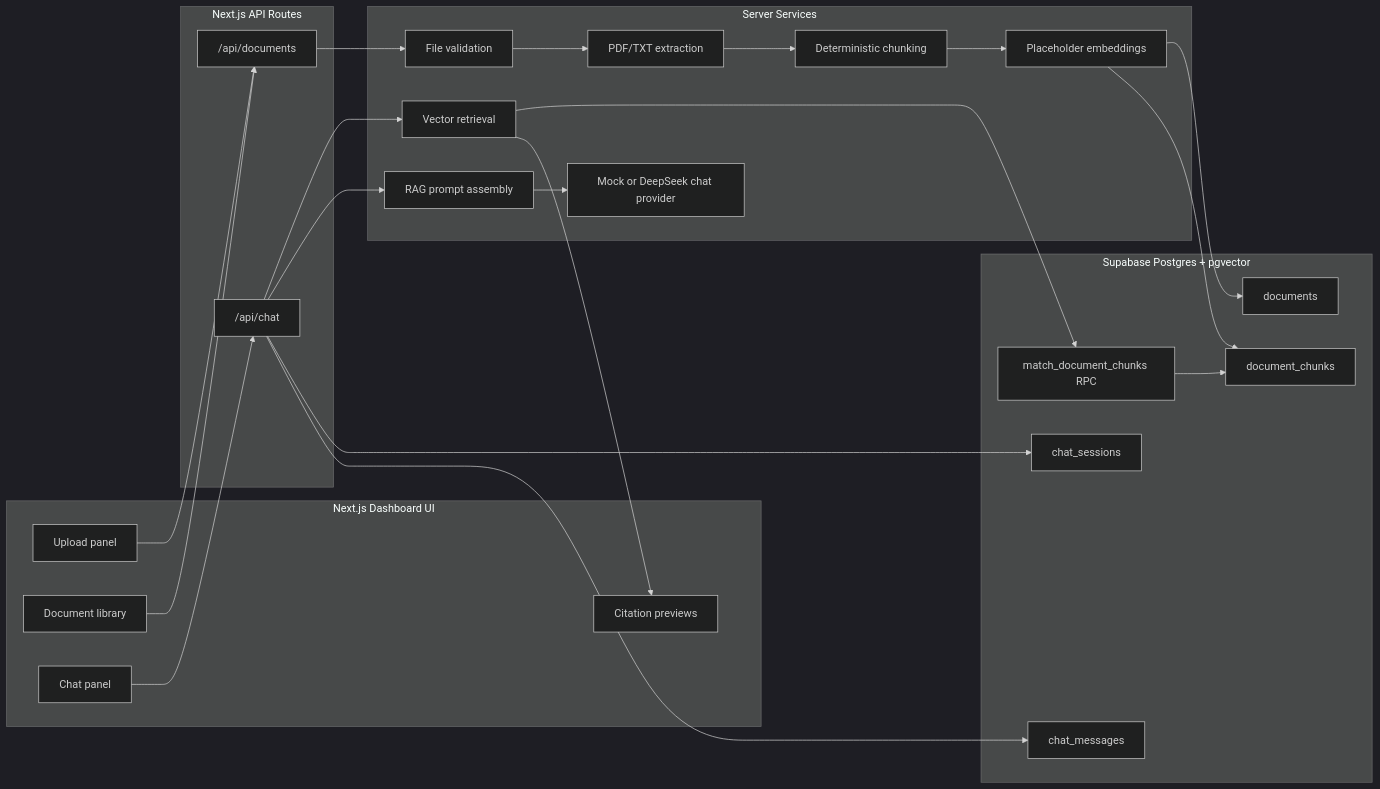
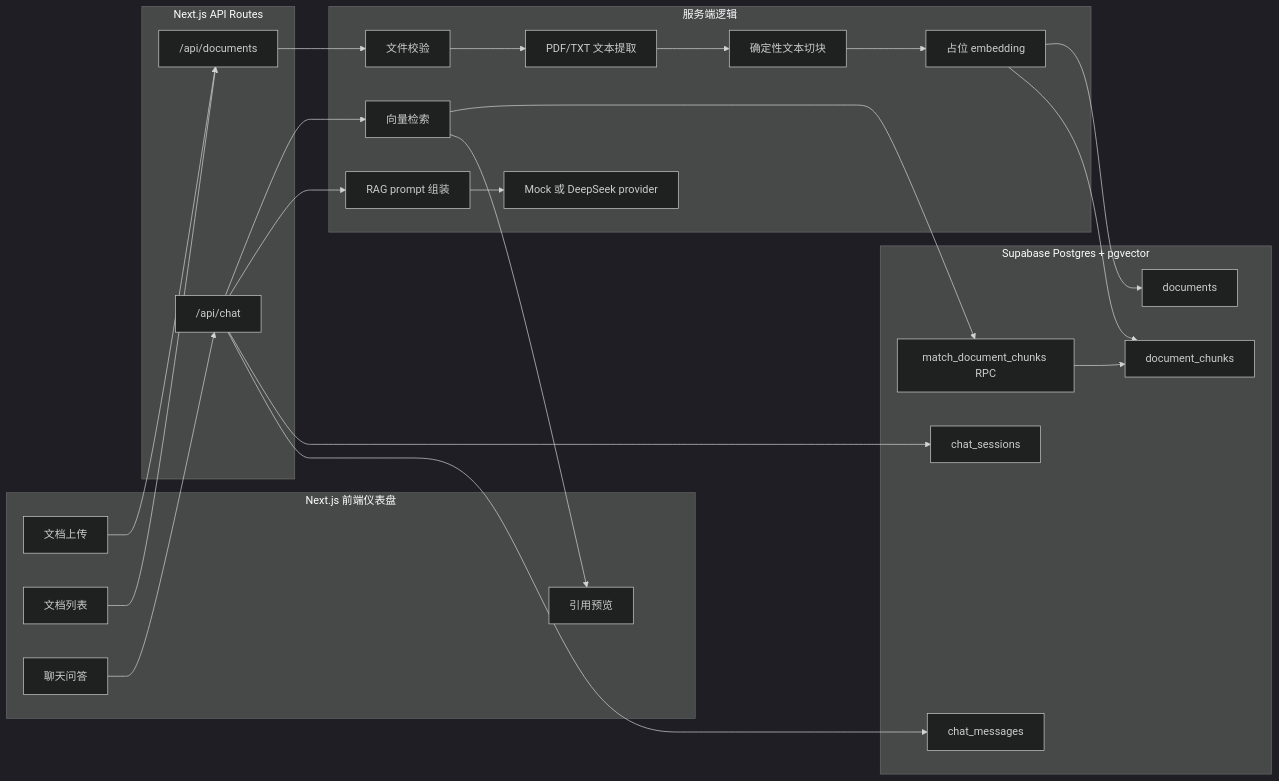
Before and after one commit to AZ123IT/ai-document-chat: the diagram in README.md, drawn with Mermaid (dark theme). The commit also changed other lines of this file and 1 other file, not shown here.

````diff
--- a/README.md
+++ b/README.md
@@ -51,44 +45,44 @@
 ```mermaid
 flowchart LR
-  subgraph Client["Next.js Dashboard UI"]
-    Upload["Upload panel"]
-    Library["Document library"]
-    Chat["Chat panel"]
-    Evidence["Citation previews"]
+  subgraph Client["Next.js 前端仪表盘"]
+    Upload["文档上传"]
+    Library["文档列表"]
+    Chat["聊天问答"]
+    Evidence["引用预览"]
   end
 
   subgraph API["Next.js API Routes"]
     DocumentsAPI["/api/documents"]
     ChatAPI["/api/chat"]
   end
 
-  subgraph Services["Server Services"]
-    Validation["File validation"]
-    Extraction["PDF/TXT extraction"]
-    Chunking["Deterministic chunking"]
-    Embeddings["Placeholder embeddings"]
-    Retrieval["Vector retrieval"]
-    Prompting["RAG prompt assembly"]
-    Provider["Mock or DeepSeek chat provider"]
+  subgraph Services["服务端逻辑"]
+    Validation["文件校验"]
+    Extraction["PDF/TXT 文本提取"]
+    Chunking["确定性文本切块"]
+    Embeddings["占位 embedding"]
+    Retrieval["向量检索"]
+    Prompting["RAG prompt 组装"]
+    Provider["Mock 或 DeepSeek provider"]
   end
 
   subgraph Supabase["Supabase Postgres + pgvector"]
     Docs["documents"]
     Chunks["document_chunks"]
     Sessions["chat_sessions"]
     Messages["chat_messages"]
     RPC["match_document_chunks RPC"]
   end
 
   Upload --> DocumentsAPI
   Library --> DocumentsAPI
   Chat --> ChatAPI
   DocumentsAPI --> Validation --> Extraction --> Chunking --> Embeddings
   Embeddings --> Docs
   Embeddings --> Chunks
   ChatAPI --> Retrieval --> RPC --> Chunks
   ChatAPI --> Prompting --> Provider
   ChatAPI --> Sessions
   ChatAPI --> Messages
   Retrieval --> Evidence
 ```
````
